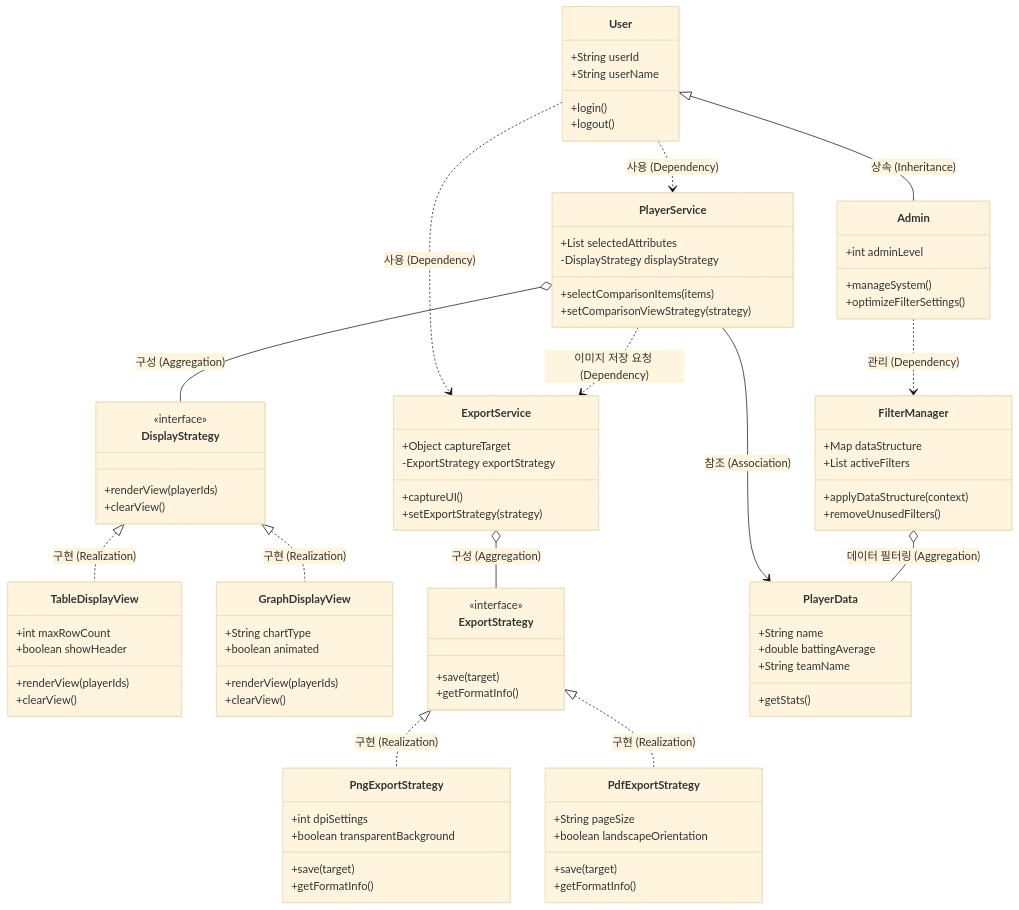
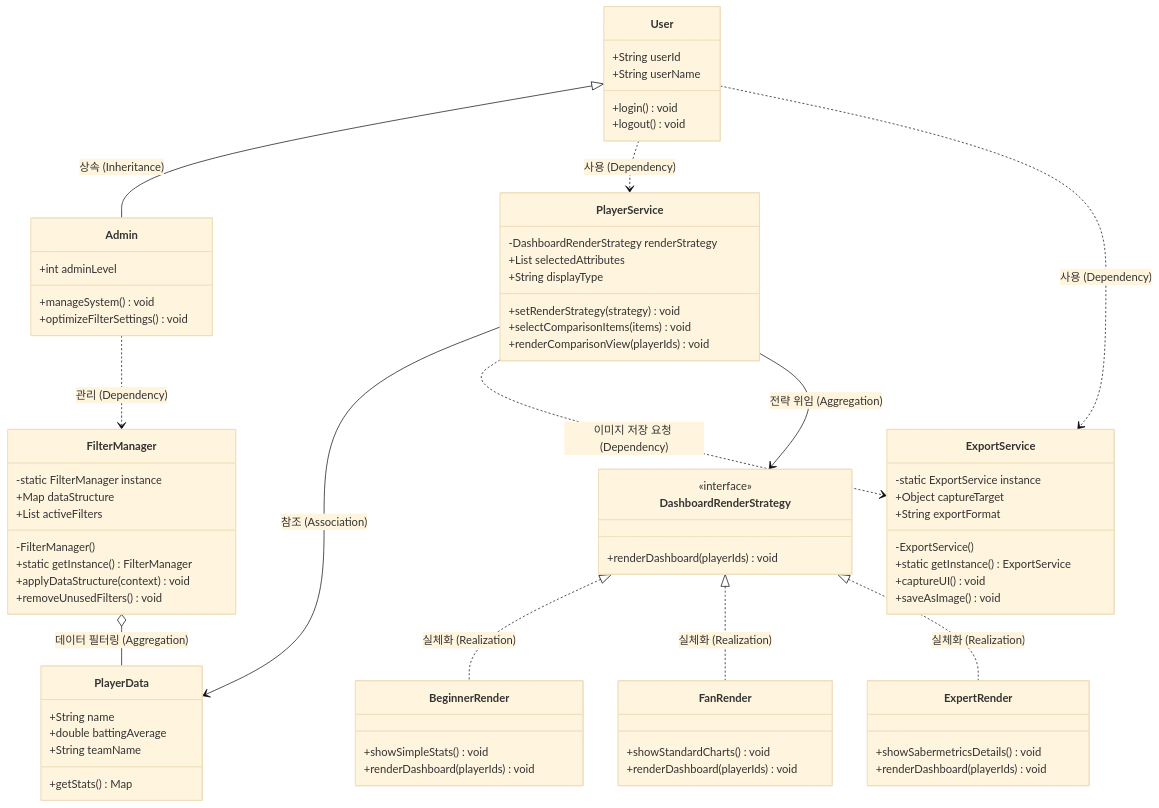
Before and after one commit to d26sohyun/sw-G-homerun-: the second of 2 diagrams in docs/설계 패턴 적용 내역.md, drawn with Mermaid (base theme). The commit also changed other lines of this file, not shown here.

Commit message:
Update 설계 패턴 적용 내역.md

````diff
--- a/docs/설계 패턴 적용 내역.md
+++ b/docs/설계 패턴 적용 내역.md
@@ -72,82 +69,73 @@
     class User {
         +String userId
         +String userName
-        +login()
-        +logout()
+        +login() void
+        +logout() void
     }
 
     class Admin {
         +int adminLevel
-        +manageSystem()
-        +optimizeFilterSettings()
+        +manageSystem() void
+        +optimizeFilterSettings() void
     }
 
+    %% 전략 패턴 적용: 대시보드 렌더링 분리
     class PlayerService {
+        -DashboardRenderStrategy renderStrategy
         +List selectedAttributes
-        -DisplayStrategy displayStrategy
-        +selectComparisonItems(items)
-        +setComparisonViewStrategy(strategy)
+        +String displayType
+        +setRenderStrategy(strategy) void
+        +selectComparisonItems(items) void
+        +renderComparisonView(playerIds) void
     }
 
-    class DisplayStrategy {
+    class DashboardRenderStrategy {
         <<interface>>
-        +renderView(playerIds)
-        +clearView()
+        +renderDashboard(playerIds) void
     }
 
-    class TableDisplayView {
-        +int maxRowCount
-        +boolean showHeader
-        +renderView(playerIds)
-        +clearView()
+    class BeginnerRender {
+        +showSimpleStats() void
+        +renderDashboard(playerIds) void
     }
 
-    class GraphDisplayView {
-        +String chartType
-        +boolean animated
-        +renderView(playerIds)
-        +clearView()
+    class FanRender {
+        +showStandardCharts() void
+        +renderDashboard(playerIds) void
     }
 
-    class ExportService {
-        +Object captureTarget
-        -ExportStrategy exportStrategy
-        +captureUI()
-        +setExportStrategy(strategy)
+    class ExpertRender {
+        +showSabermetricsDetails() void
+        +renderDashboard(playerIds) void
     }
 
-    class ExportStrategy {
-        <<interface>>
-        +save(target)
-        +getFormatInfo()
+    %% 싱글톤 패턴 적용 1: 전역 필터 관리
+    class FilterManager {
+        -static FilterManager instance
+        +Map dataStructure
+        +List activeFilters
+        -FilterManager()
+        +static getInstance() FilterManager
+        +applyDataStructure(context) void
+        +removeUnusedFilters() void
     }
 
-    class PngExportStrategy {
-        +int dpiSettings
-        +boolean transparentBackground
-        +save(target)
-        +getFormatInfo()
-    }
-
-    class PdfExportStrategy {
-        +String pageSize
-        +boolean landscapeOrientation
-        +save(target)
-        +getFormatInfo()
-    }
-
-    class FilterManager {
-        +Map dataStructure
-        +List activeFilters
-        +applyDataStructure(context)
-        +removeUnusedFilters()
+    %% 싱글톤 패턴 적용 2: 전역 단일 출력 엔진
+    class ExportService {
+        -static ExportService instance
+        +Object captureTarget
+        +String exportFormat
+        -ExportService()
+        +static getInstance() ExportService
+        +captureUI() void
+        +saveAsImage() void
     }
 
     class PlayerData {
         +String name
         +double battingAverage
         +String teamName
-        +getStats()
+        +getStats() Map
     }
 
     %% 관계 설정
@@ -159,13 +147,10 @@
     PlayerService --> PlayerData : 참조 (Association)
     PlayerService ..> ExportService : 이미지 저장 요청 (Dependency)
     FilterManager o-- PlayerData : 데이터 필터링 (Aggregation)
-
-    %% 전략 패턴 관계 정의 (인터페이스 실체화 및 합성)
-    PlayerService o-- DisplayStrategy : 구성 (Aggregation)
-    DisplayStrategy <|.. TableDisplayView : 구현 (Realization)
-    DisplayStrategy <|.. GraphDisplayView : 구현 (Realization)
-
-    ExportService o-- ExportStrategy : 구성 (Aggregation)
-    ExportStrategy <|.. PngExportStrategy : 구현 (Realization)
-    ExportStrategy <|.. PdfExportStrategy : 구현 (Realization)
+    
+    %% 전략 패턴 관계 매핑
+    PlayerService --> DashboardRenderStrategy : 전략 위임 (Aggregation)
+    DashboardRenderStrategy <|.. BeginnerRender : 실체화 (Realization)
+    DashboardRenderStrategy <|.. FanRender : 실체화 (Realization)
+    DashboardRenderStrategy <|.. ExpertRender : 실체화 (Realization)
 ```
````
